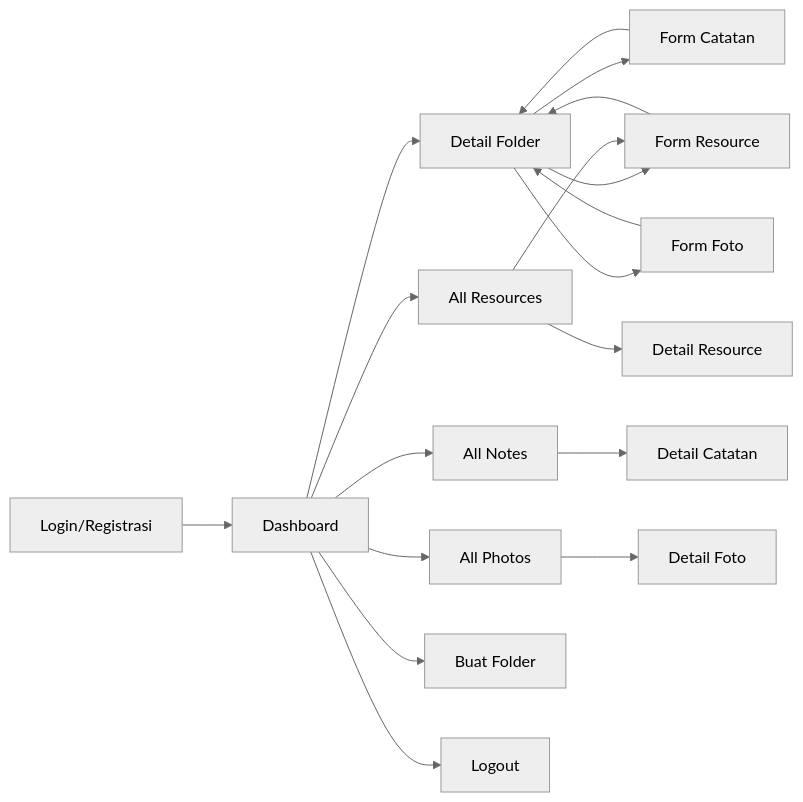
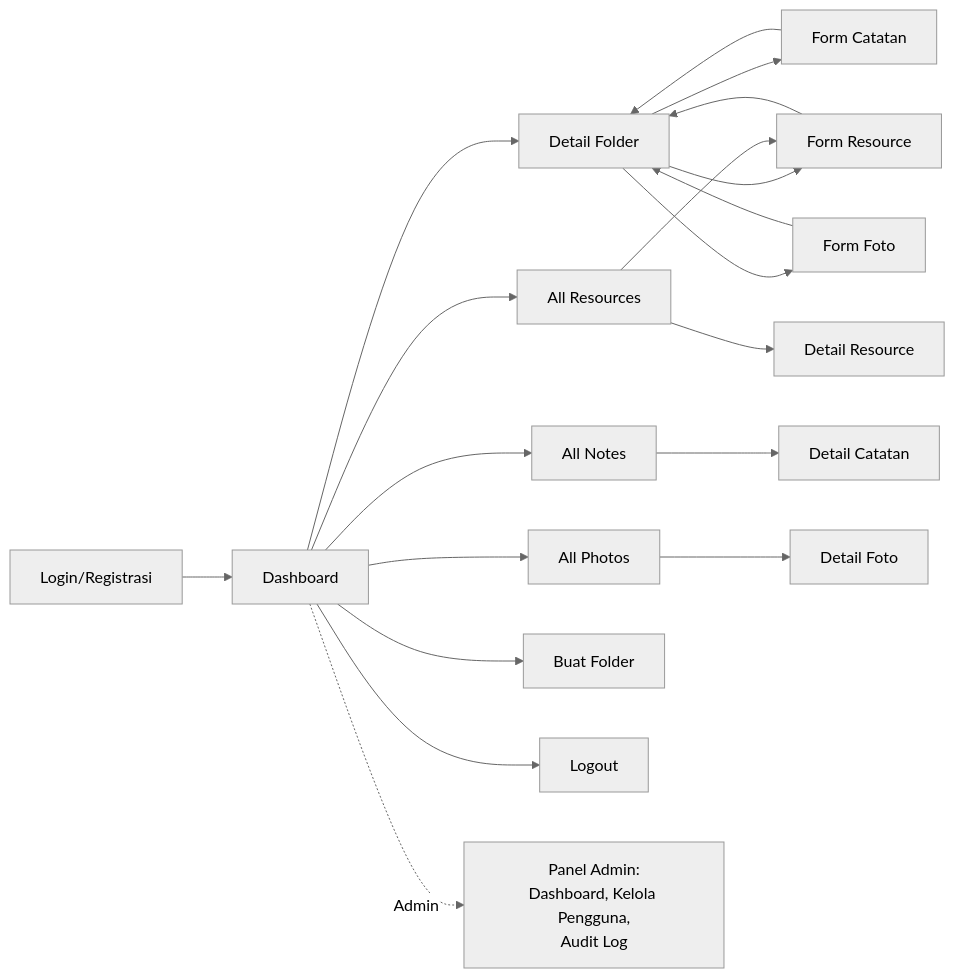
One commit to XWAYLAND/TataKelas changed the seventh of 9 diagrams in docs/PRD.md. Above: the diagram before and after it, drawn with Mermaid (neutral theme). The commit also changed other lines of this file and 2 other files, not shown here.

````diff
--- a/docs/PRD.md
+++ b/docs/PRD.md
@@ -726,20 +745,21 @@
 ```mermaid
 flowchart LR
     A["Login/Registrasi"] --> B["Dashboard"]
     B --> C["Detail Folder"]
     B --> D["All Resources"]
     B --> N["All Notes"]
     B --> O["All Photos"]
     B --> E["Buat Folder"]
     C --> F["Form Resource"]
     C --> G["Form Catatan"]
     C --> H["Form Foto"]
     D --> P["Detail Resource"]
     N --> Q["Detail Catatan"]
     O --> R["Detail Foto"]
     F --> C
     G --> C
     H --> C
     D --> F
     B --> I["Logout"]
+    B -.->|Admin| AD["Panel Admin:<br/>Dashboard, Kelola Pengguna,<br/>Audit Log"]
 ```
````
